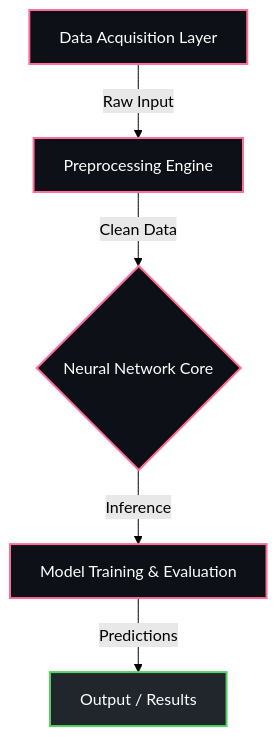
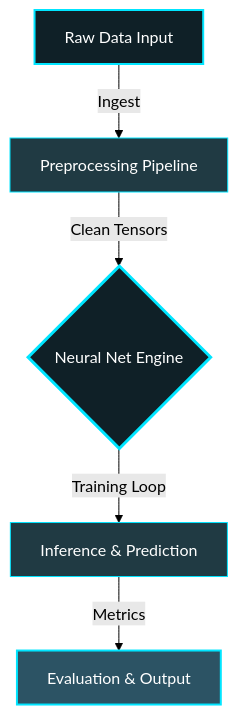
Before and after one commit to karthik-idikuda/Alzheimers-AI-Detection: the diagram in README.md, drawn with Mermaid (forest theme). The commit also changed other lines of this file, not shown here.

````diff
--- a/README.md
+++ b/README.md
@@ -28,14 +34,13 @@
 ```mermaid
 graph TD;
-    A["Data Acquisition Layer"] -->|Raw Input| B["Preprocessing Engine"];
-    B -->|Clean Data| D{"Neural Network Core"};
-    D -->|Inference| E["Model Training & Evaluation"];
-    E -->|Predictions| F["Output / Results"];
+    A["Raw Data Input"] -->|"Ingest"| B["Preprocessing Pipeline"];
+    B -->|"Clean Tensors"| D{"Neural Net Engine"};
+    D -->|"Training Loop"| E["Inference & Prediction"];
+    E -->|"Metrics"| F["Evaluation & Output"];
 
-    classDef ml fill:#0d1117,stroke:#ff6e96,stroke-width:2px,color:#fff;
-    classDef cv fill:#161b22,stroke:#79c0ff,stroke-width:2px,color:#fff;
-    classDef web fill:#21262d,stroke:#56d364,stroke-width:2px,color:#fff;
-    class A,B ml;
-    class D,E ml;
-    class F,G web;
+    style A fill:#0f2027,stroke:#00e5ff,stroke-width:2px,color:#fff
+    style B fill:#203a43,stroke:#00e5ff,stroke-width:1px,color:#fff
+    style D fill:#0f2027,stroke:#00e5ff,stroke-width:3px,color:#fff
+    style E fill:#203a43,stroke:#00e5ff,stroke-width:1px,color:#fff
+    style F fill:#2c5364,stroke:#00e5ff,stroke-width:2px,color:#fff
 ```
````
